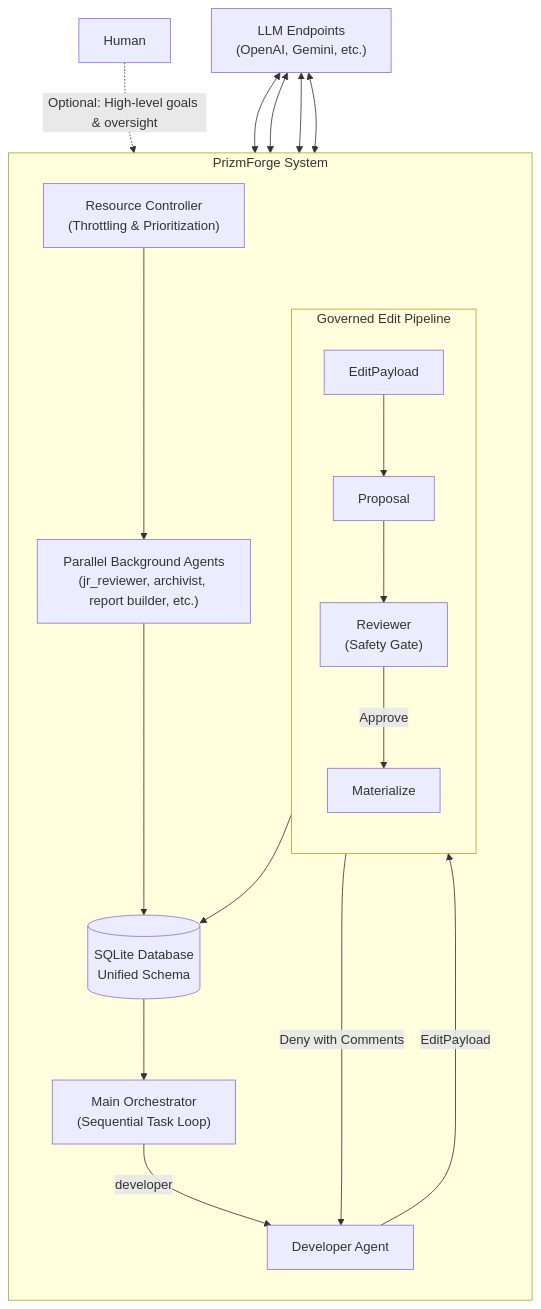
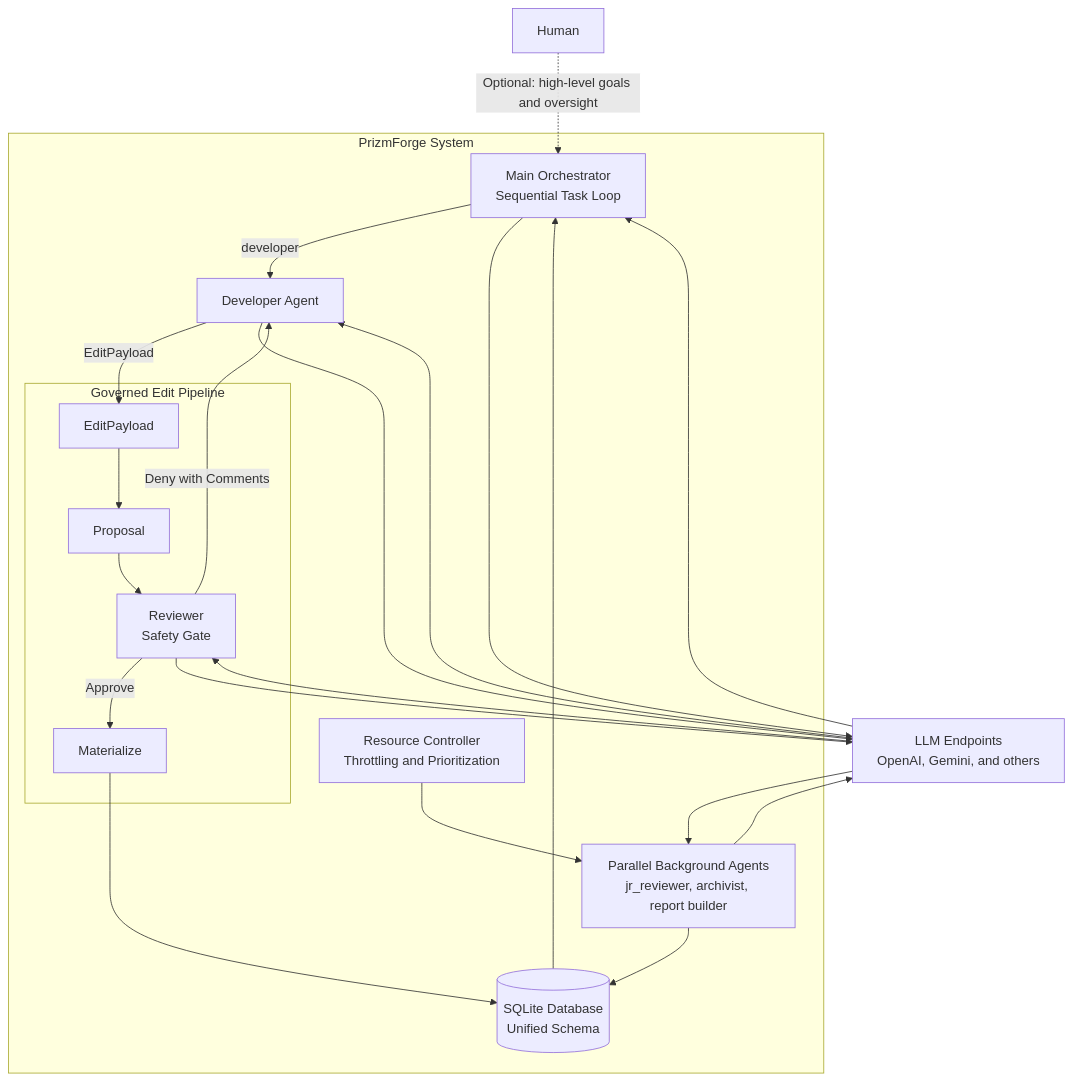
Before and after one commit to seakintruth/PrizmForge: the first of 2 diagrams in README.md, drawn with Mermaid. The commit also changed other lines of this file and 1 other file, not shown here.

````diff
--- a/README.md
+++ b/README.md
@@ -80,40 +80,42 @@
 ```mermaid
-flowchart TB
+flowchart TD
     subgraph PrizmForge["PrizmForge System"]
-        direction TB
+        MainOrch["Main Orchestrator<br/>Sequential Task Loop"]
 
-        MainOrch["Main Orchestrator\n(Sequential Task Loop)"]
-        
         subgraph Governed["Governed Edit Pipeline"]
-            direction TB
             EditPayload["EditPayload"]
             Proposal["Proposal"]
-            Reviewer["Reviewer\n(Safety Gate)"]
+            Reviewer["Reviewer<br/>Safety Gate"]
             Materialize["Materialize"]
-            
-            EditPayload --> Proposal --> Reviewer
+
+            EditPayload --> Proposal
+            Proposal --> Reviewer
             Reviewer -->|Approve| Materialize
         end
-        
+
         DeveloperAgent["Developer Agent"]
-        Parallel["Parallel Background Agents\n(jr_reviewer, archivist, report builder, etc.)"]
-        Resource["Resource Controller\n(Throttling & Prioritization)"]
-        DB[(SQLite Database\nUnified Schema)]
+        Parallel["Parallel Background Agents<br/>jr_reviewer, archivist, report builder"]
+        ResourceCtrl["Resource Controller<br/>Throttling and Prioritization"]
+        DB[("SQLite Database<br/>Unified Schema")]
 
         MainOrch -->|developer| DeveloperAgent
         DeveloperAgent -->|EditPayload| EditPayload
         Materialize --> DB
         Parallel --> DB
-        Resource --> Parallel
-        
-        %% Autonomous loop - Orchestrator reads proposals/tasks from DB (unattended mode)
+        ResourceCtrl --> Parallel
         DB --> MainOrch
     end
 
-    Human["Human"] -.->|Optional: High-level goals & oversight| MainOrch
+    Human["Human"] -.->|Optional: high-level goals and oversight| MainOrch
     Reviewer -->|Deny with Comments| DeveloperAgent
-    LLM["LLM Endpoints\n(OpenAI, Gemini, etc.)"] <--> MainOrch
-    LLM <--> Parallel
-    LLM <--> DeveloperAgent
-    LLM <--> Reviewer
+
+    LLM["LLM Endpoints<br/>OpenAI, Gemini, and others"]
+    LLM --> MainOrch
+    MainOrch --> LLM
+    LLM --> Parallel
+    Parallel --> LLM
+    LLM --> DeveloperAgent
+    DeveloperAgent --> LLM
+    LLM --> Reviewer
+    Reviewer --> LLM
 ```
````
